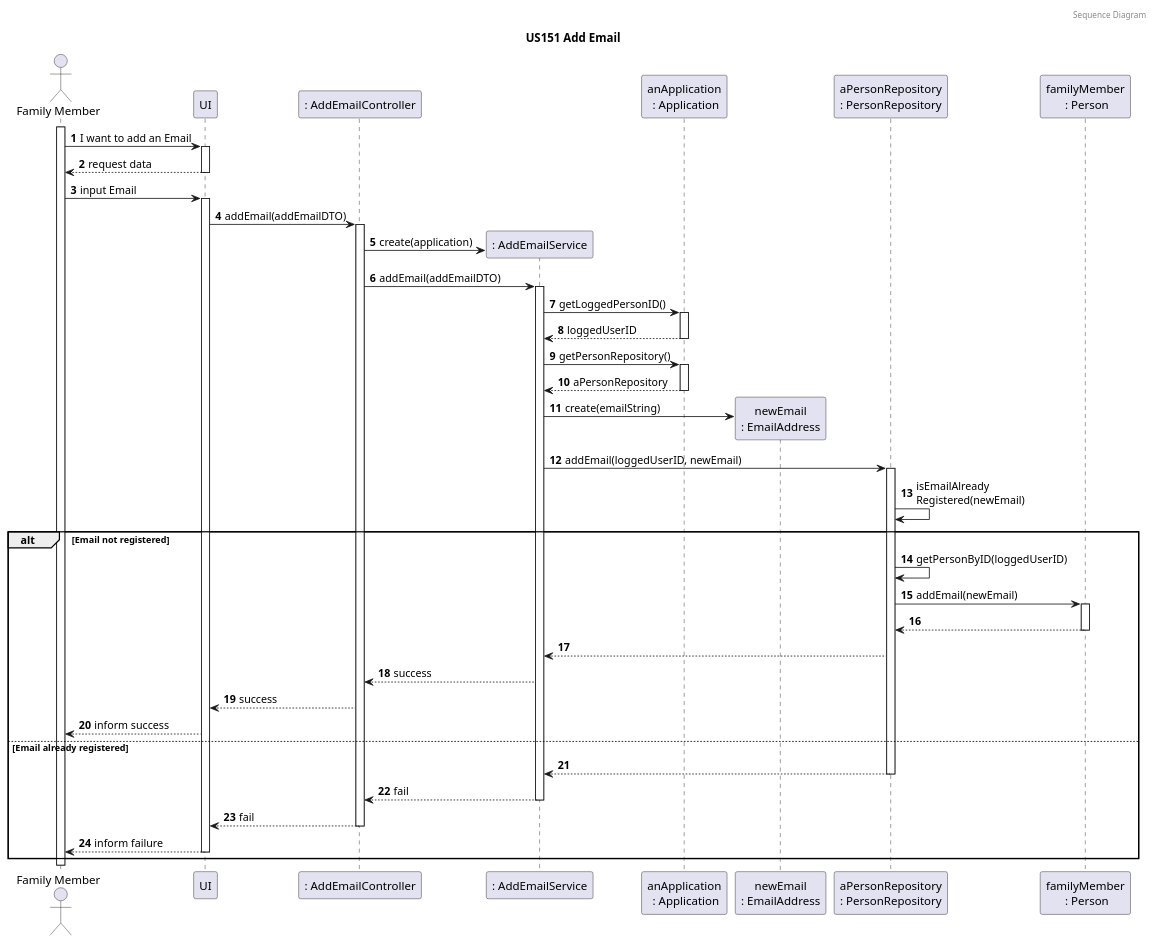
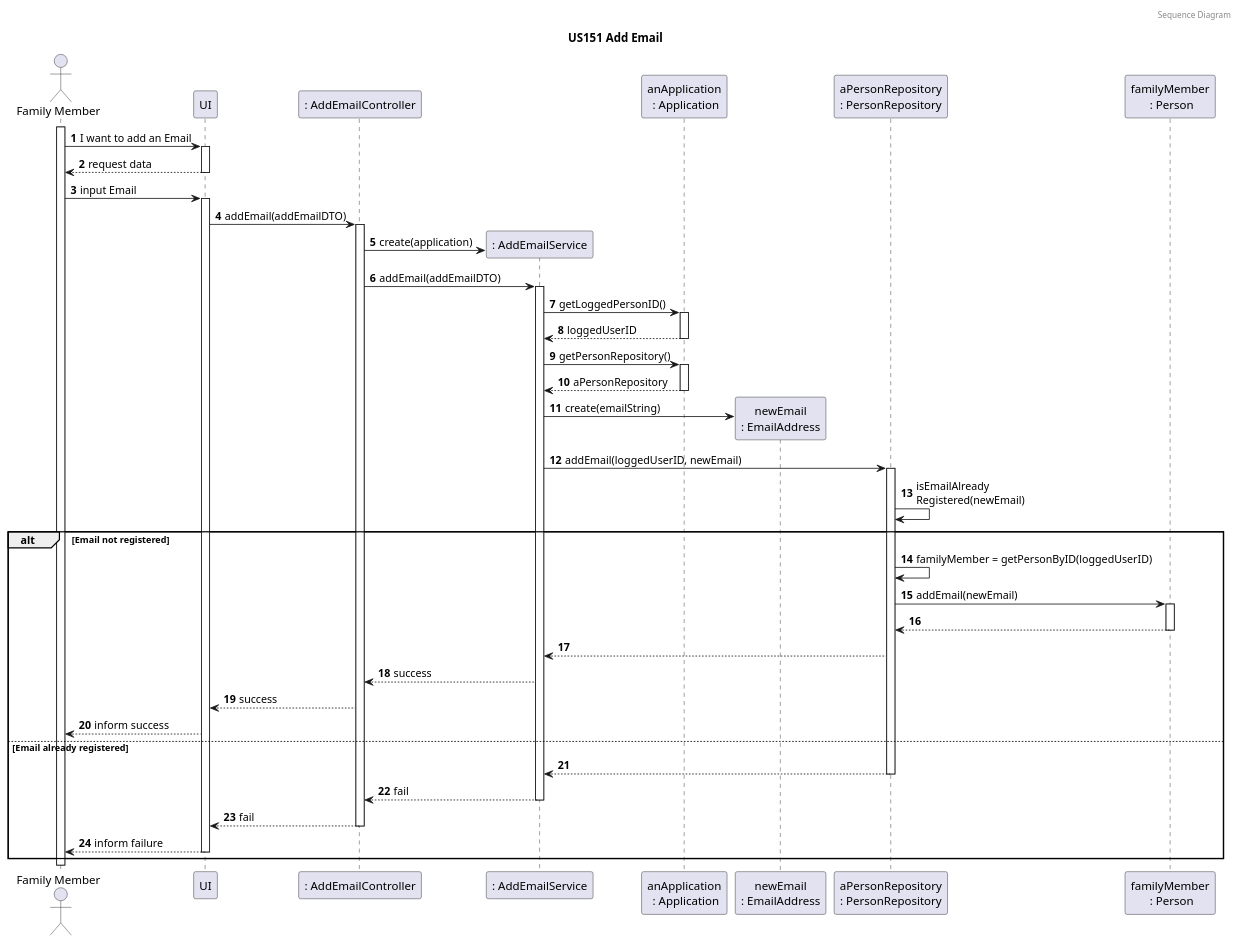
One commit to tomas-osswald/switch_2020_g3 changed the third of 3 diagrams in docs/sprint3/user_stories/US151_AddEmail.md. Above: the diagram before and after it, drawn with PlantUML. The commit also changed 7 other files, not shown here.

`````diff
--- a/docs/sprint3/user_stories/US151_AddEmail.md
+++ b/docs/sprint3/user_stories/US151_AddEmail.md
@@ -201,77 +201,77 @@
 ````puml
 @startuml
 
 autonumber
 header Sequence Diagram
 title US151 Add Email
 
 actor "Family Member" as actor
 participant "UI" as UI
 participant ": AddEmailController" as controller
 participant ": AddEmailService" as service
 participant "anApplication\n : Application" as app
 participant "newEmail\n: EmailAddress" as email
 participant "aPersonRepository\n: PersonRepository" as prepository
 participant "familyMember\n : Person" as person
 
 activate actor
 actor -> UI: I want to add an Email
 activate UI
 return request data
 actor -> UI : input Email
 activate UI
 
 UI -> controller : addEmail(addEmailDTO)
 activate controller
 
 controller -> service** : create(application)
 controller -> service : addEmail(addEmailDTO)
 activate service
 
 service -> app : getLoggedPersonID()
 activate app
 return loggedUserID
 
 service -> app : getPersonRepository()
 activate app
 return aPersonRepository
 
 service -> email** : create(emailString)
 
 service -> prepository : addEmail(loggedUserID, newEmail)
 activate prepository
 prepository -> prepository : isEmailAlready\nRegistered(newEmail)
 
 alt Email not registered
 
-prepository -> prepository : getPersonByID(loggedUserID)
+prepository -> prepository : familyMember = getPersonByID(loggedUserID)
 prepository -> person : addEmail(newEmail)
 activate person
 person --> prepository
 deactivate person
 
 prepository --> service
 
 service --> controller : success
 
 controller --> UI : success
 
 UI --> actor : inform success
 
 else Email already registered
 
 prepository --> service
 deactivate prepository
 
 service --> controller : fail
 deactivate service
 
 controller --> UI : fail
 deactivate controller
 
 UI --> actor : inform failure
 deactivate UI
 
 end
 @enduml
 ````
`````
